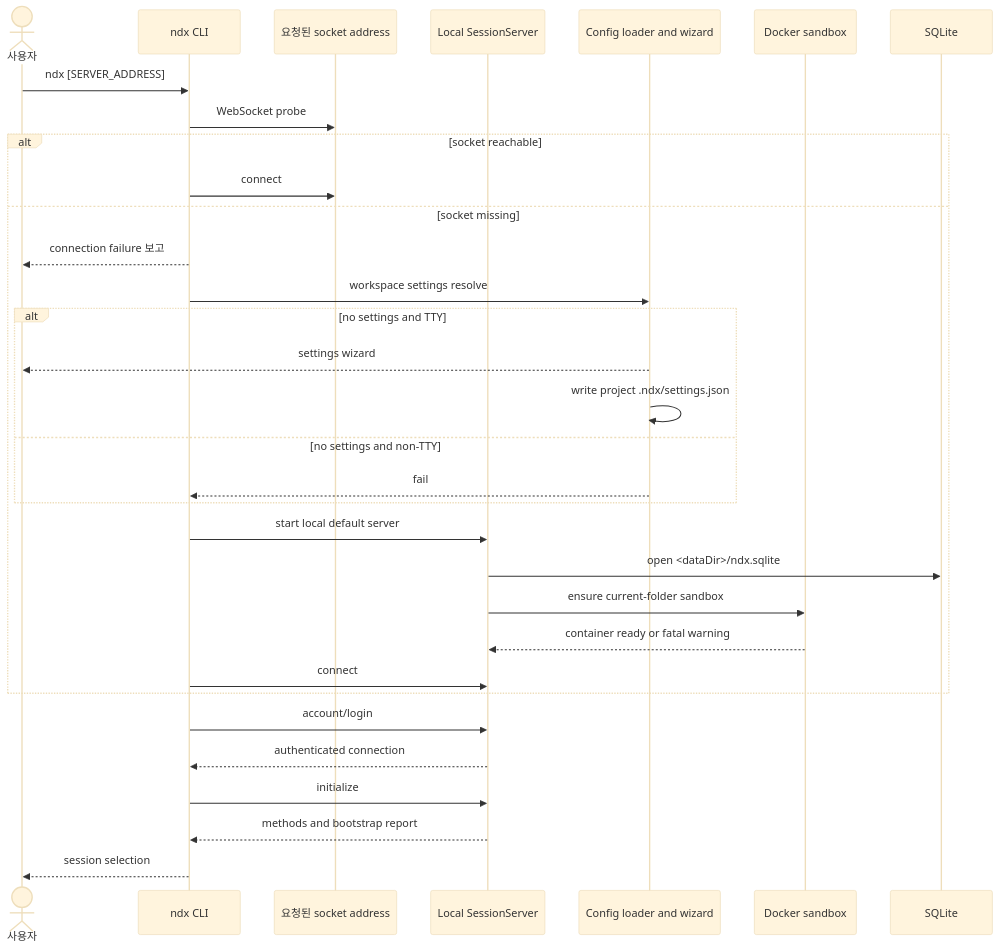
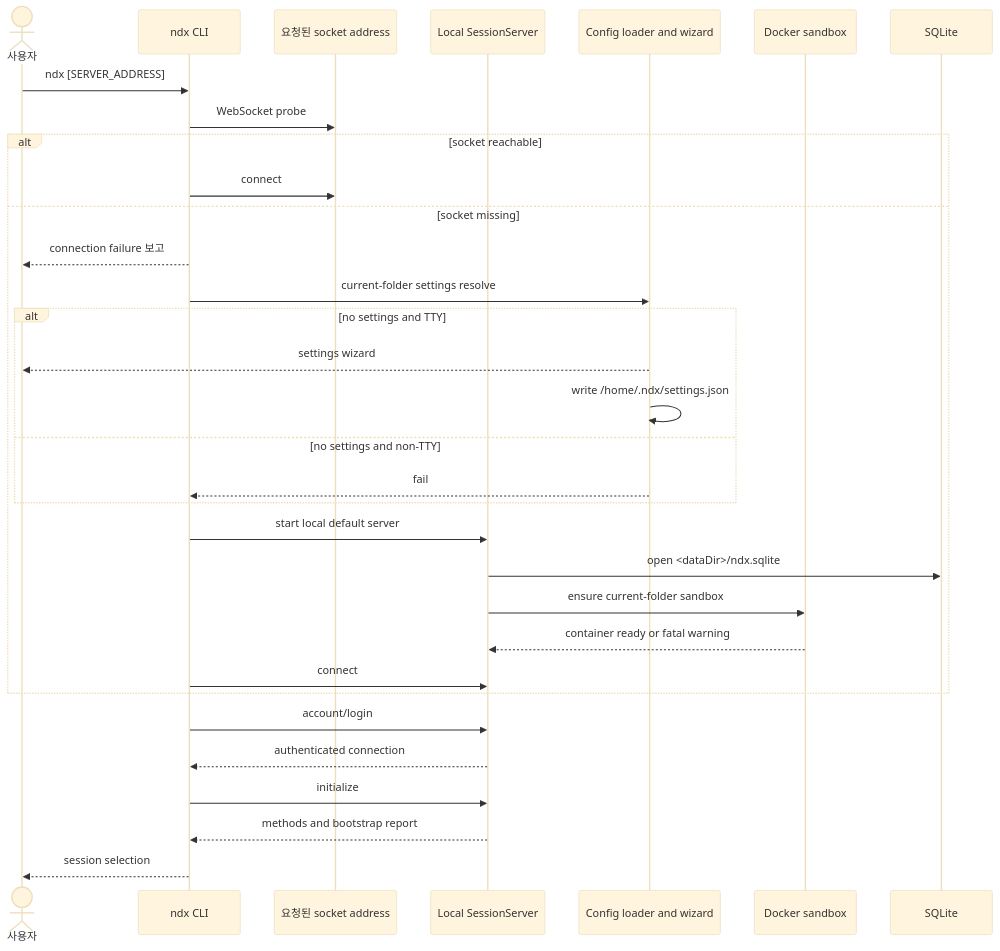
Before and after one commit to hikaMaeng/ndx: the third of 20 diagrams in docs/system-architecture-ko.md, drawn with Mermaid (base theme). The commit also changed other lines of this file and 15 other files, not shown here.

````diff
--- a/docs/system-architecture-ko.md
+++ b/docs/system-architecture-ko.md
@@ -120,35 +120,35 @@
 ```mermaid
 sequenceDiagram
   actor User as 사용자
   participant CLI as ndx CLI
   participant Socket as 요청된 socket address
   participant Server as Local SessionServer
   participant Config as Config loader and wizard
   participant Docker as Docker sandbox
   participant DB as SQLite
 
   User->>CLI: ndx [SERVER_ADDRESS]
   CLI->>Socket: WebSocket probe
   alt socket reachable
     CLI->>Socket: connect
   else socket missing
     CLI-->>User: connection failure 보고
-    CLI->>Config: workspace settings resolve
+    CLI->>Config: current-folder settings resolve
     alt no settings and TTY
       Config-->>User: settings wizard
-      Config->>Config: write project .ndx/settings.json
+      Config->>Config: write /home/.ndx/settings.json
     else no settings and non-TTY
       Config-->>CLI: fail
     end
     CLI->>Server: start local default server
     Server->>DB: open <dataDir>/ndx.sqlite
     Server->>Docker: ensure current-folder sandbox
     Docker-->>Server: container ready or fatal warning
     CLI->>Server: connect
   end
   CLI->>Server: account/login
   Server-->>CLI: authenticated connection
   CLI->>Server: initialize
   Server-->>CLI: methods and bootstrap report
   CLI-->>User: session selection
 ```
````
